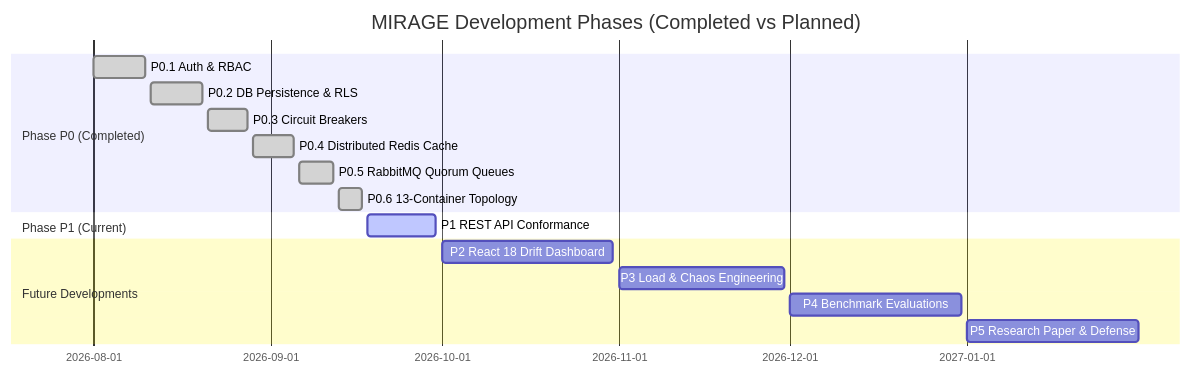
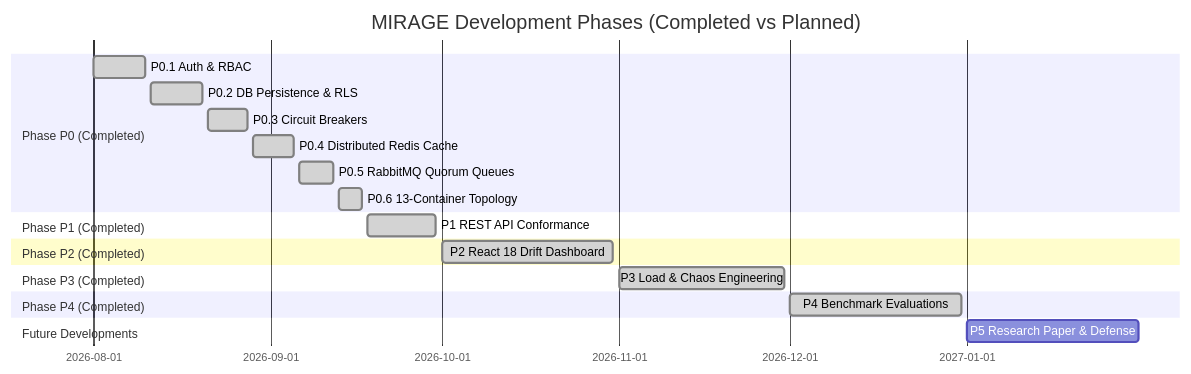
One commit to VedantPanchal23/MIRAGE changed the diagram in docs/first_review/implementation_status_and_future_roadmap.md. Above: the diagram before and after it, drawn with Mermaid. The commit also changed other lines of this file and 20 other files, not shown here.

Commit message:
feat(benchmarks): implement Phase P4 comprehensive benchmark evaluation suite

````diff
--- a/docs/first_review/implementation_status_and_future_roadmap.md
+++ b/docs/first_review/implementation_status_and_future_roadmap.md
@@ -19,19 +19,22 @@
 ```mermaid
 gantt
     title MIRAGE Development Phases (Completed vs Planned)
     dateFormat  YYYY-MM-DD
     section Phase P0 (Completed)
     P0.1 Auth & RBAC               :done, p01, 2026-08-01, 2026-08-10
     P0.2 DB Persistence & RLS      :done, p02, 2026-08-11, 2026-08-20
     P0.3 Circuit Breakers          :done, p03, 2026-08-21, 2026-08-28
     P0.4 Distributed Redis Cache   :done, p04, 2026-08-29, 2026-09-05
     P0.5 RabbitMQ Quorum Queues    :done, p05, 2026-09-06, 2026-09-12
     P0.6 13-Container Topology     :done, p06, 2026-09-13, 2026-09-17
-    section Phase P1 (Current)
-    P1 REST API Conformance        :active, p1, 2026-09-18, 2026-09-30
+    section Phase P1 (Completed)
+    P1 REST API Conformance        :done, p1, 2026-09-18, 2026-09-30
+    section Phase P2 (Completed)
+    P2 React 18 Drift Dashboard    :done, p2, 2026-10-01, 2026-10-31
+    section Phase P3 (Completed)
+    P3 Load & Chaos Engineering    :done, p3, 2026-11-01, 2026-11-30
+    section Phase P4 (Completed)
+    P4 Benchmark Evaluations       :done, p4, 2026-12-01, 2026-12-31
     section Future Developments
-    P2 React 18 Drift Dashboard    :p2, 2026-10-01, 2026-10-31
-    P3 Load & Chaos Engineering    :p3, 2026-11-01, 2026-11-30
-    P4 Benchmark Evaluations       :p4, 2026-12-01, 2026-12-31
     P5 Research Paper & Defense    :p5, 2027-01-01, 2027-01-31
 ```
````
